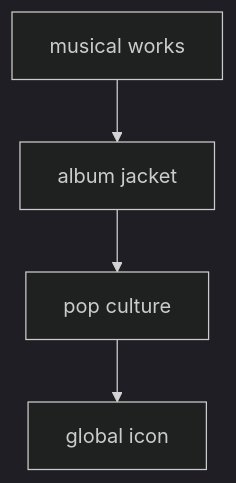
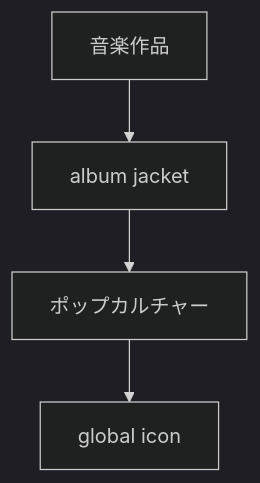
The sixth of 20 diagrams in en/_posts/2026-07-02-column-influential-album-05.md (monumental-movement/monumental-movement.github.io), drawn with Mermaid (dark theme) before and after one commit. The commit also changed other lines of this file and 2196 other files, not shown here.

```diff
--- a/en/_posts/2026-07-02-column-influential-album-05.md
+++ b/en/_posts/2026-07-02-column-influential-album-05.md
@@ -470,12 +470,12 @@
 <div class="mermaid">
 flowchart TD
-A[musical works]
+A[音楽作品]
 B[album jacket]
-C[pop culture]
+C[ポップカルチャー]
 D[global icon]
 
 A --> B
 B --> C
 C --> D
 
 </div>
```
